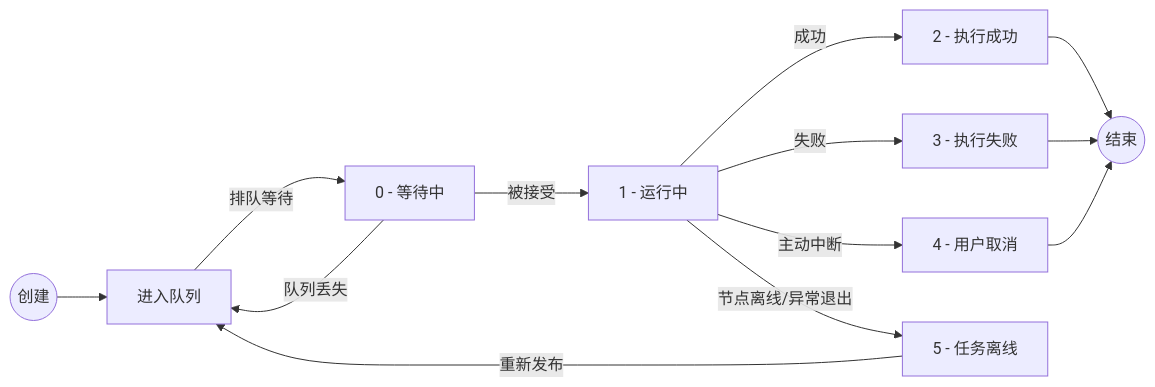
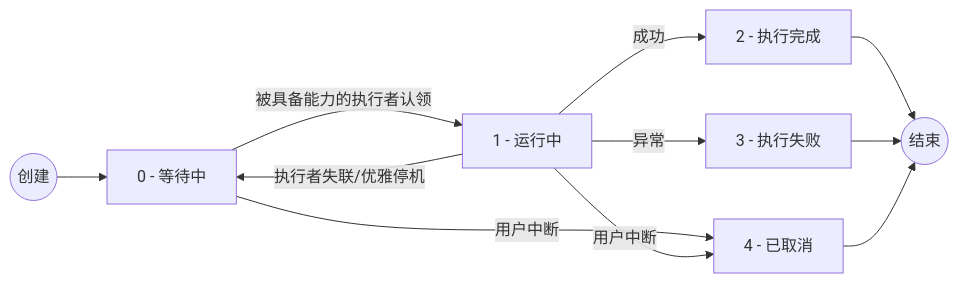
One commit to mjt233/saltedfishcloud-backend changed the diagram in docs/develop/framework/async-task.md. Above: the diagram before and after it, drawn with Mermaid. The commit also changed other lines of this file and 80 other files, not shown here.

````diff
--- a/docs/develop/framework/async-task.md
+++ b/docs/develop/framework/async-task.md
@@ -49,15 +98,13 @@
-``` mermaid
+```mermaid
 graph LR
-  CREATE((创建)) --> QUEUE[进入队列]
-  QUEUE -->|排队等待| WAIT[0 - 等待中];
-  WAIT -->|队列丢失| QUEUE;
-  WAIT -->|被接受| RUN[1 - 运行中];
-  RUN -->|成功| SUCCESS[2 - 执行成功];
-  RUN -->|失败| FAILED[3 - 执行失败];
-  RUN -->|主动中断| CANCEL[4 - 用户取消]
-  SUCCESS --> END((结束))
+  CREATE((创建)) --> WAIT[0 - 等待中]
+  WAIT -->|被具备能力的执行者认领| RUN[1 - 运行中]
+  WAIT -->|用户中断| CANCEL[4 - 已取消]
+  RUN -->|成功| FINISH[2 - 执行完成]
+  RUN -->|异常| FAILED[3 - 执行失败]
+  RUN -->|用户中断| CANCEL
+  RUN -->|执行者失联/优雅停机| WAIT
+  FINISH --> END((结束))
   FAILED --> END
   CANCEL --> END
-  RUN -->|节点离线/异常退出| OFFLINE[5 - 任务离线]
-  OFFLINE -->|重新发布| QUEUE
 ```
````
